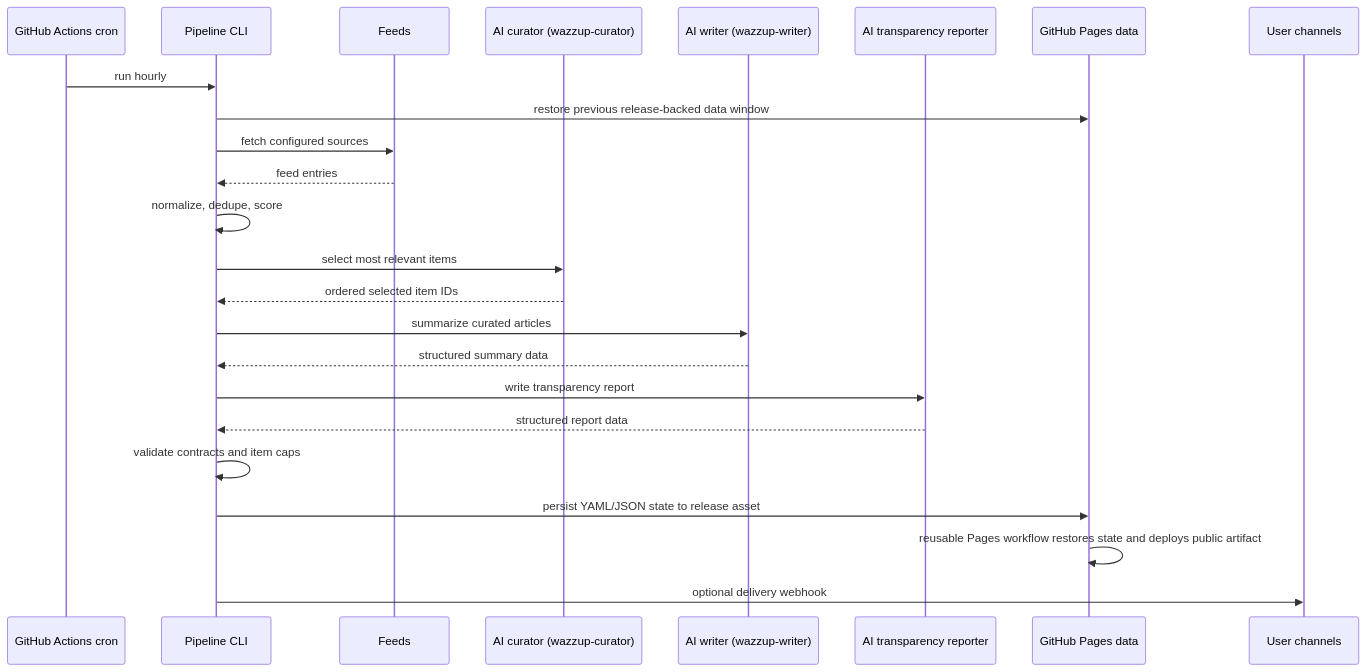
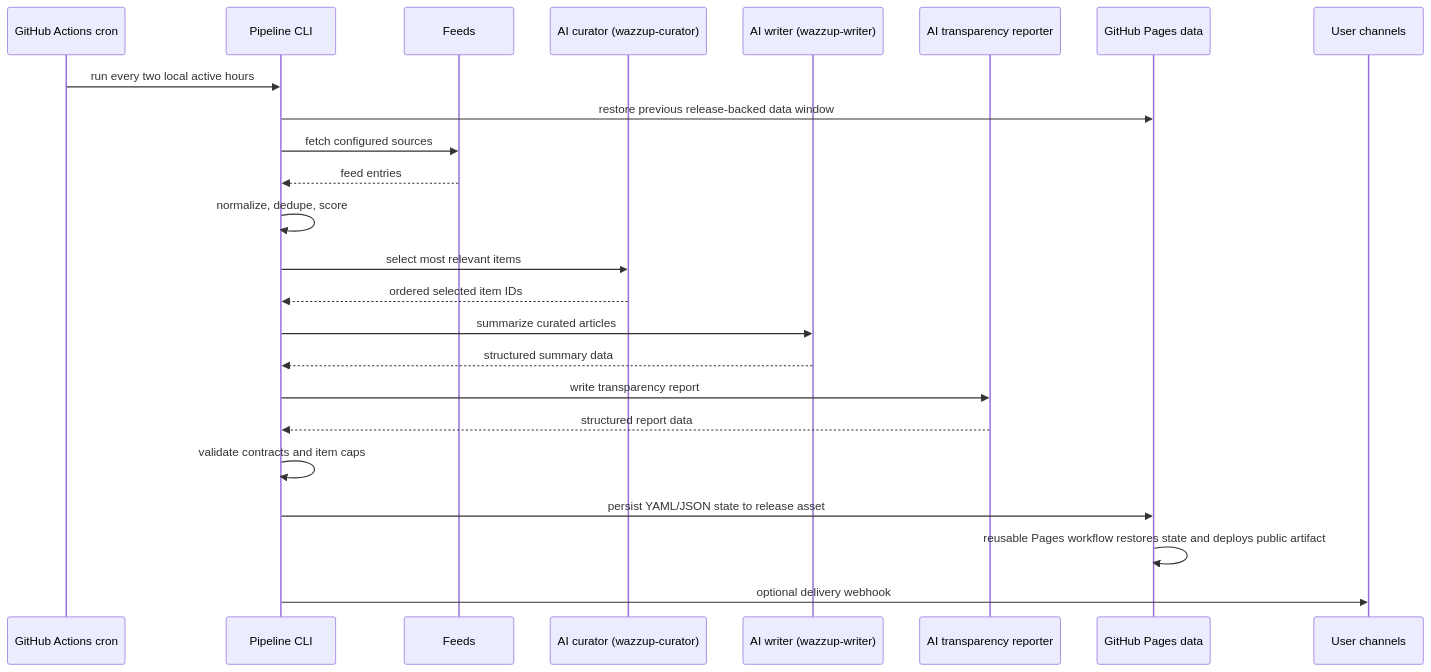
One commit to DevSecNinja/wazzup changed the second of 2 diagrams in docs/architecture.md. Above: the diagram before and after it, drawn with Mermaid. The commit also changed other lines of this file and 10 other files, not shown here.

````diff
--- a/docs/architecture.md
+++ b/docs/architecture.md
@@ -57,27 +57,27 @@
 ```mermaid
 sequenceDiagram
     participant Cron as GitHub Actions cron
     participant CLI as Pipeline CLI
     participant Feeds as Feeds
     participant Curator as AI curator (wazzup-curator)
     participant Writer as AI writer (wazzup-writer)
     participant Reporter as AI transparency reporter
     participant Pages as GitHub Pages data
     participant User as User channels
 
-    Cron->>CLI: run hourly
+    Cron->>CLI: run every two local active hours
     CLI->>Pages: restore previous release-backed data window
     CLI->>Feeds: fetch configured sources
     Feeds-->>CLI: feed entries
     CLI->>CLI: normalize, dedupe, score
     CLI->>Curator: select most relevant items
     Curator-->>CLI: ordered selected item IDs
     CLI->>Writer: summarize curated articles
     Writer-->>CLI: structured summary data
     CLI->>Reporter: write transparency report
     Reporter-->>CLI: structured report data
     CLI->>CLI: validate contracts and item caps
     CLI->>Pages: persist YAML/JSON state to release asset
     Pages->>Pages: reusable Pages workflow restores state and deploys public artifact
     CLI->>User: optional delivery webhook
 ```
````
